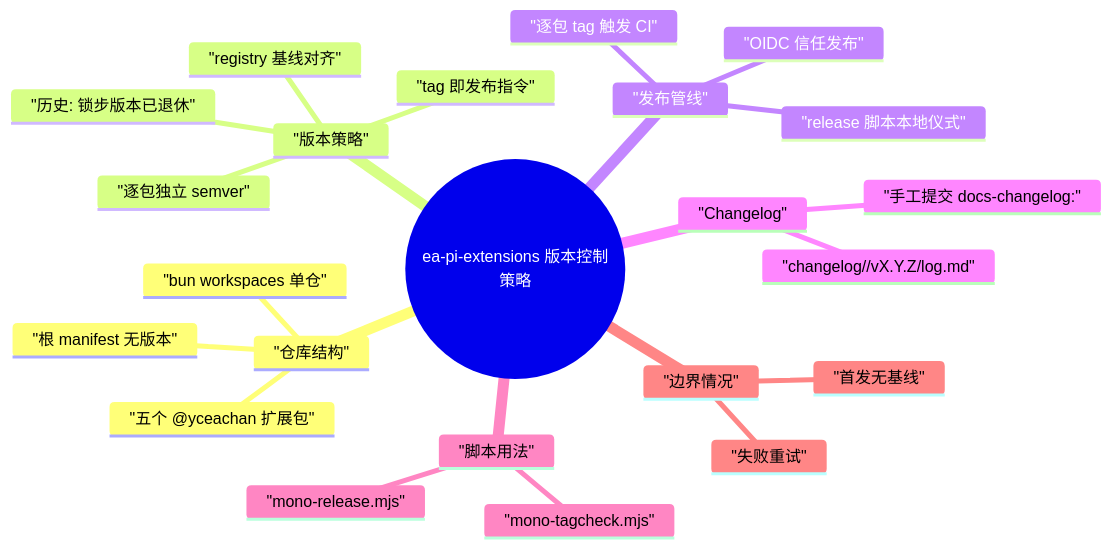
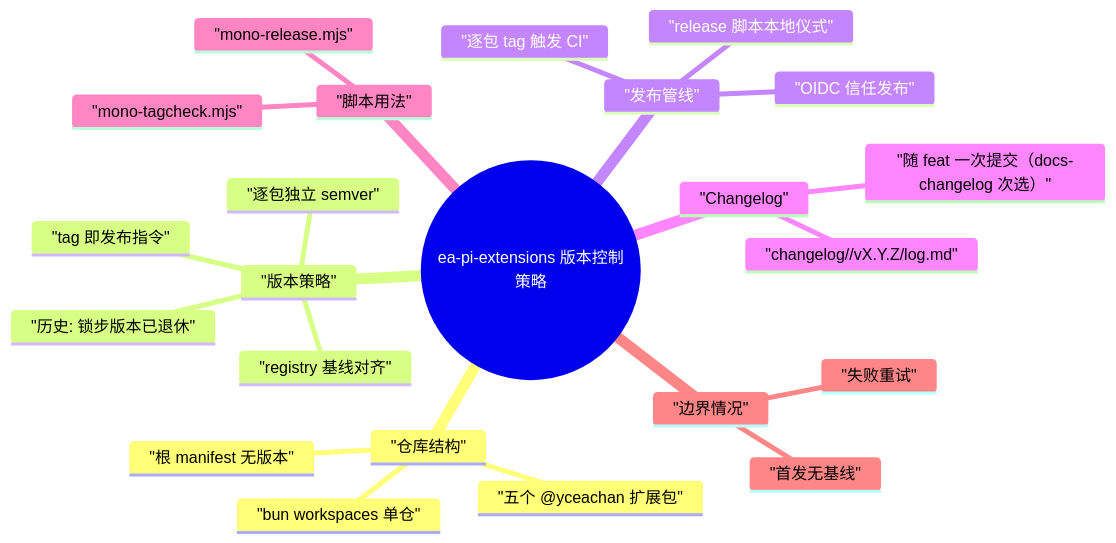
The first of 2 diagrams in docs/发行版本控制策略.md (yceachan/ea-pi-extensions), drawn with Mermaid before and after one commit. The commit also changed other lines of this file and 3 other files, not shown here.

````diff
--- a/docs/发行版本控制策略.md
+++ b/docs/发行版本控制策略.md
@@ -13,26 +13,26 @@
 ```mermaid
 mindmap
   root((ea-pi-extensions 版本控制策略))
     "仓库结构"
       "bun workspaces 单仓"
       "五个 @yceachan 扩展包"
       "根 manifest 无版本"
     "版本策略"
       "逐包独立 semver"
       "registry 基线对齐"
       "tag 即发布指令"
       "历史: 锁步版本已退休"
     "发布管线"
       "release 脚本本地仪式"
       "逐包 tag 触发 CI"
       "OIDC 信任发布"
     "Changelog"
       "changelog/<pkg>/vX.Y.Z/log.md"
-      "手工提交 docs-changelog:"
+      "随 feat 一次提交（docs-changelog 次选）"
     "脚本用法"
       "mono-release.mjs"
       "mono-tagcheck.mjs"
     "边界情况"
       "首发无基线"
       "失败重试"
 ```
````
